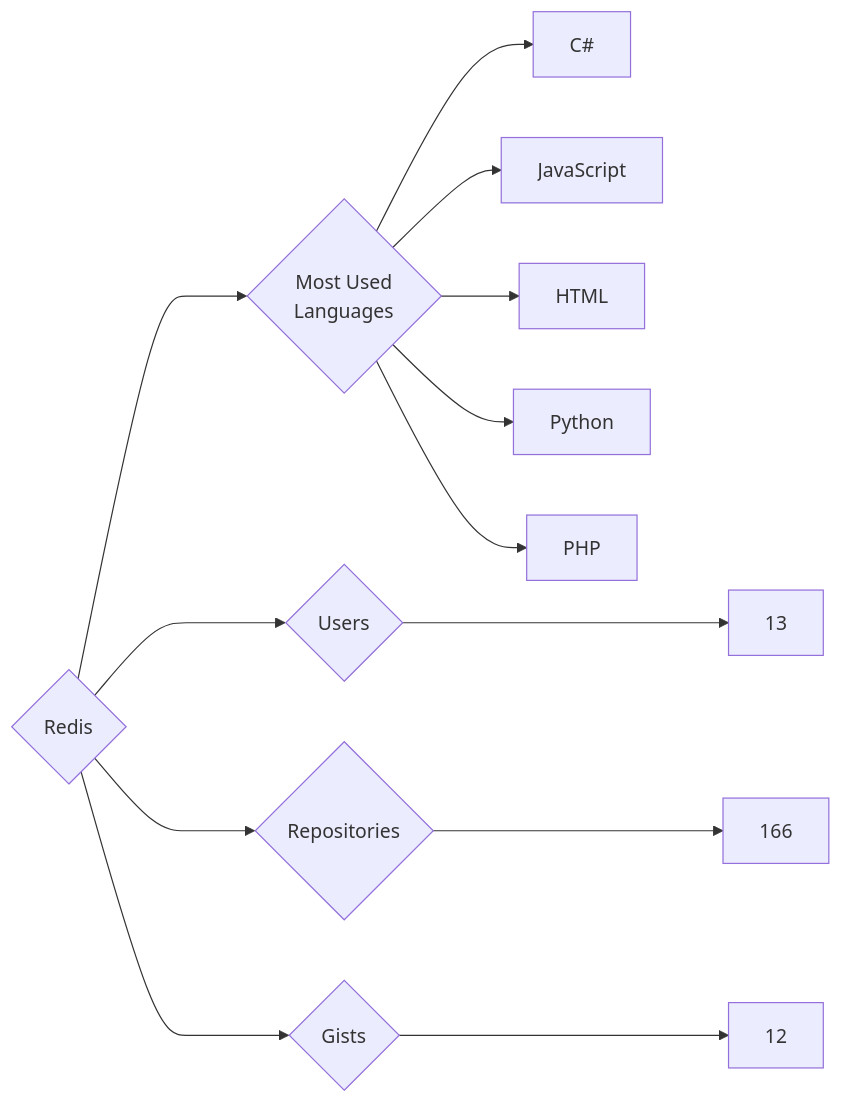
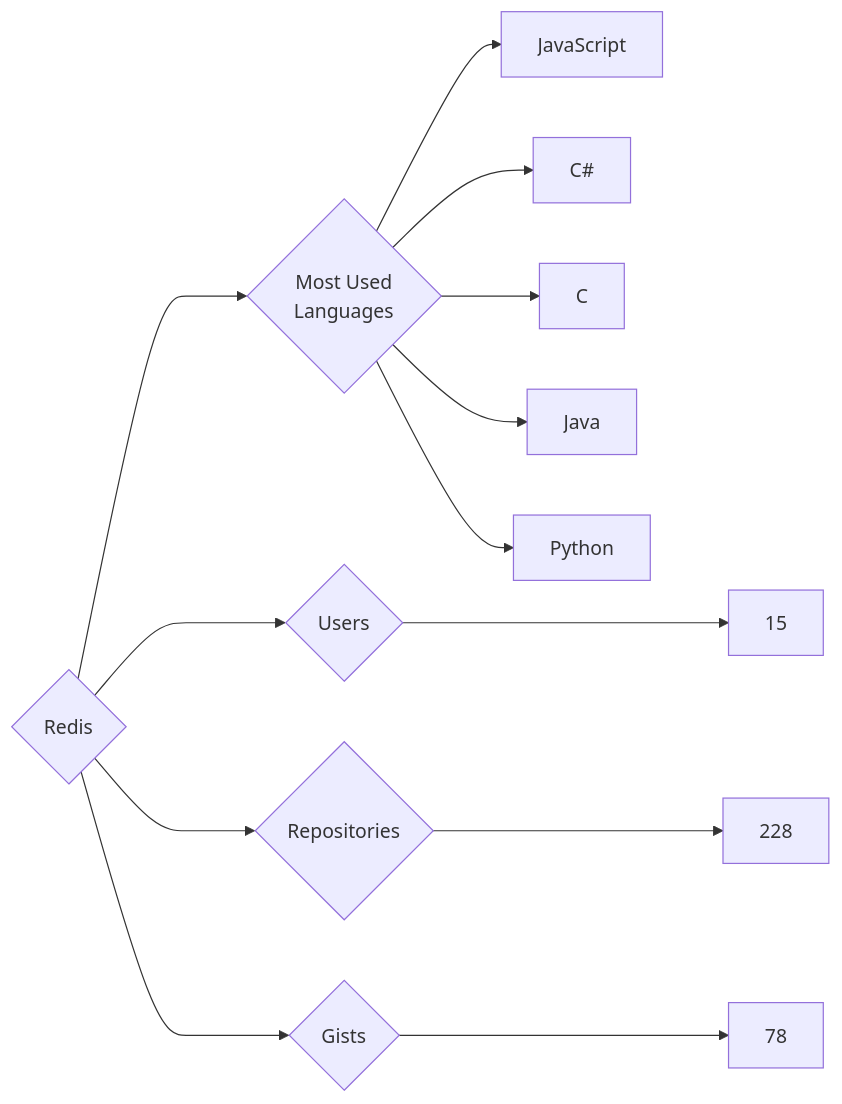
Before and after one commit to trickest/insiders: the diagram in targets/Redis/README.md, drawn with Mermaid. The commit also changed 898 other files, not shown here.

````diff
--- a/targets/Redis/README.md
+++ b/targets/Redis/README.md
@@ -3,13 +3,13 @@
 ```mermaid
 graph LR
 COMPANY_NAME{Redis}
-COMPANY_NAME ---> U{Users} ---> UN[13]
-COMPANY_NAME ---> R{Repositories} ---> RN[166]
-COMPANY_NAME ---> G{Gists} ---> GN[12]
+COMPANY_NAME ---> U{Users} ---> UN[15]
+COMPANY_NAME ---> R{Repositories} ---> RN[228]
+COMPANY_NAME ---> G{Gists} ---> GN[78]
 COMPANY_NAME ---> ML{Most Used<br>Languages}
+ML --> JavaScript[JavaScript]
 ML --> C#[C#]
-ML --> JavaScript[JavaScript]
-ML --> HTML[HTML]
+ML --> C[C]
+ML --> Java[Java]
 ML --> Python[Python]
-ML --> PHP[PHP]
 ```
````
